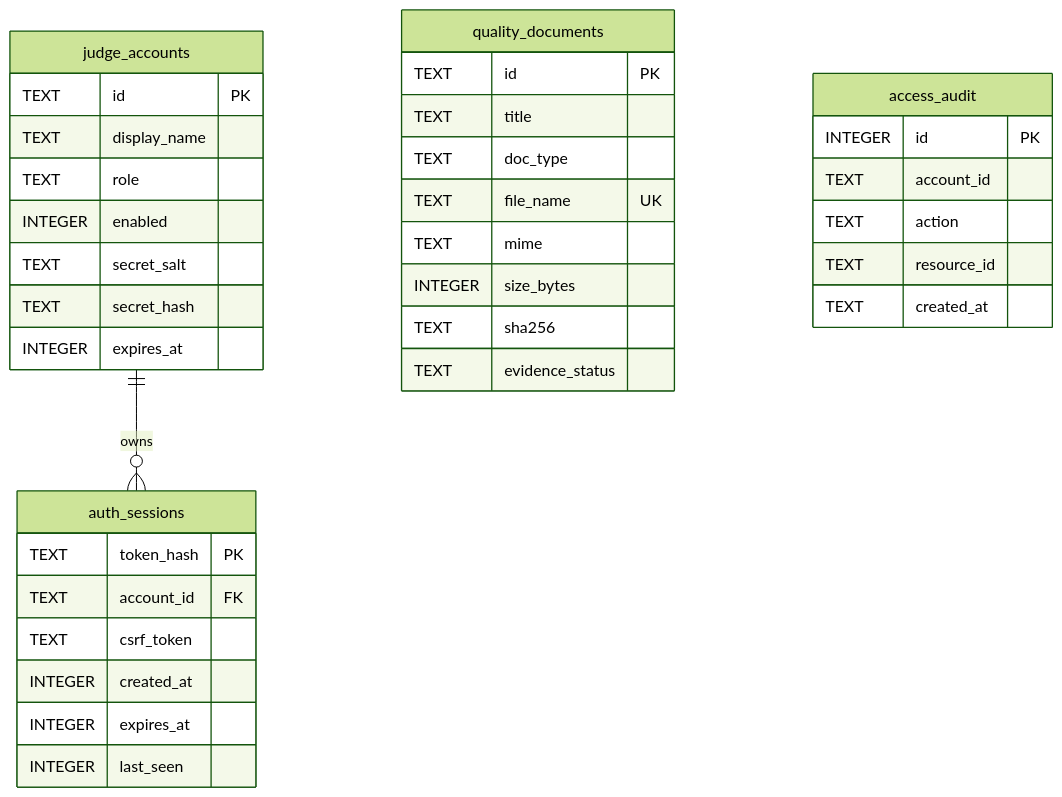
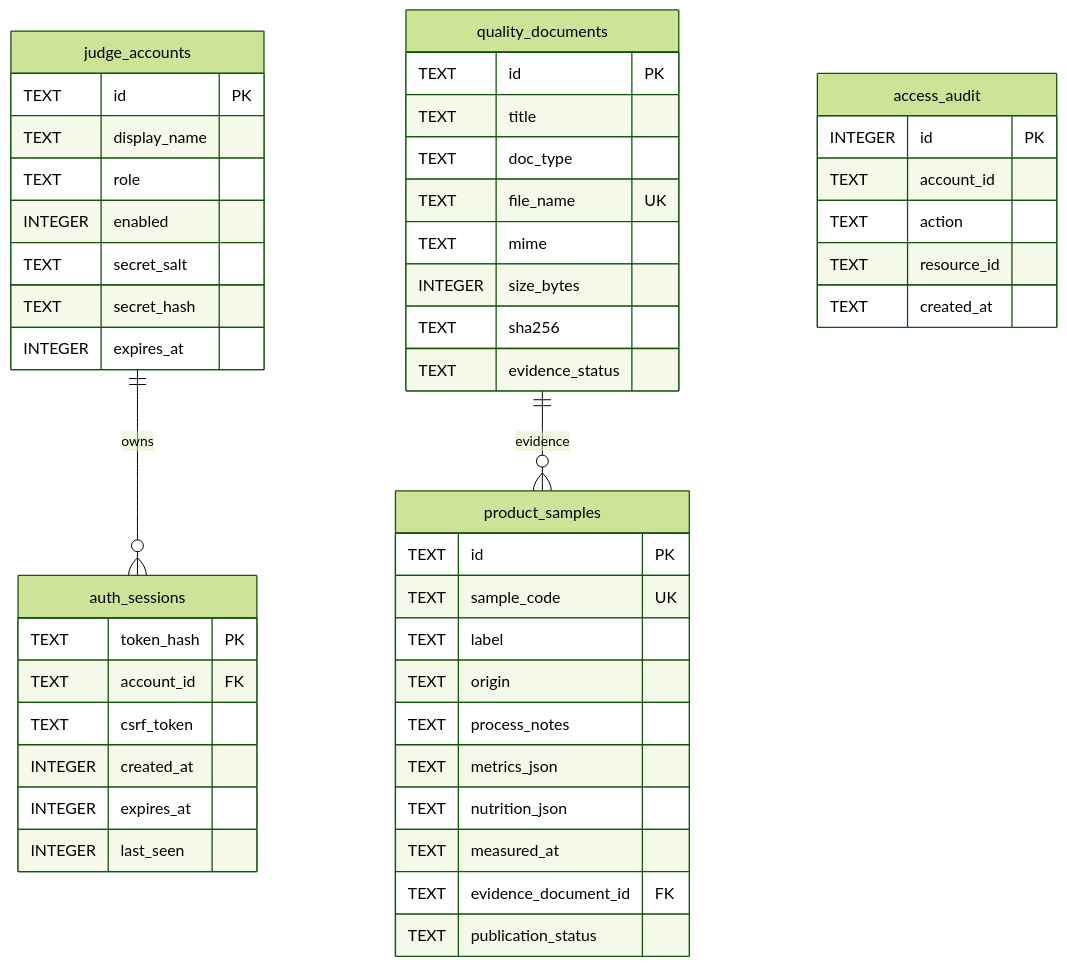
Before and after one commit to Jakcasas/musuroom: the third of 3 diagrams in docs/ARCHITECTURE.md, drawn with Mermaid (forest theme). The commit also changed other lines of this file and 38 other files, not shown here.

````diff
--- a/docs/ARCHITECTURE.md
+++ b/docs/ARCHITECTURE.md
@@ -131,38 +139,51 @@
 ```mermaid
 erDiagram
   judge_accounts ||--o{ auth_sessions : owns
   judge_accounts {
     TEXT id PK
     TEXT display_name
     TEXT role
     INTEGER enabled
     TEXT secret_salt
     TEXT secret_hash
     INTEGER expires_at
   }
   auth_sessions {
     TEXT token_hash PK
     TEXT account_id FK
     TEXT csrf_token
     INTEGER created_at
     INTEGER expires_at
     INTEGER last_seen
   }
   quality_documents {
     TEXT id PK
     TEXT title
     TEXT doc_type
     TEXT file_name UK
     TEXT mime
     INTEGER size_bytes
     TEXT sha256
     TEXT evidence_status
   }
+  quality_documents ||--o{ product_samples : evidence
+  product_samples {
+    TEXT id PK
+    TEXT sample_code UK
+    TEXT label
+    TEXT origin
+    TEXT process_notes
+    TEXT metrics_json
+    TEXT nutrition_json
+    TEXT measured_at
+    TEXT evidence_document_id FK
+    TEXT publication_status
+  }
   access_audit {
     INTEGER id PK
     TEXT account_id
     TEXT action
     TEXT resource_id
     TEXT created_at
   }
 ```
````
